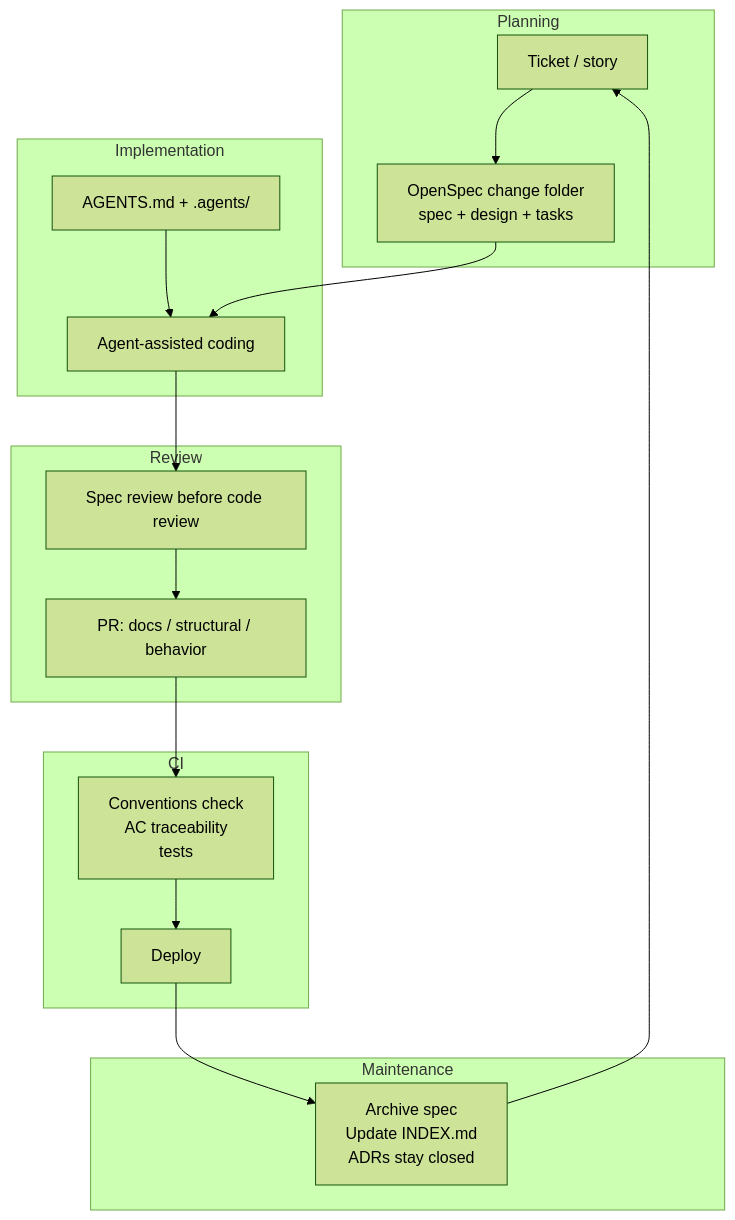
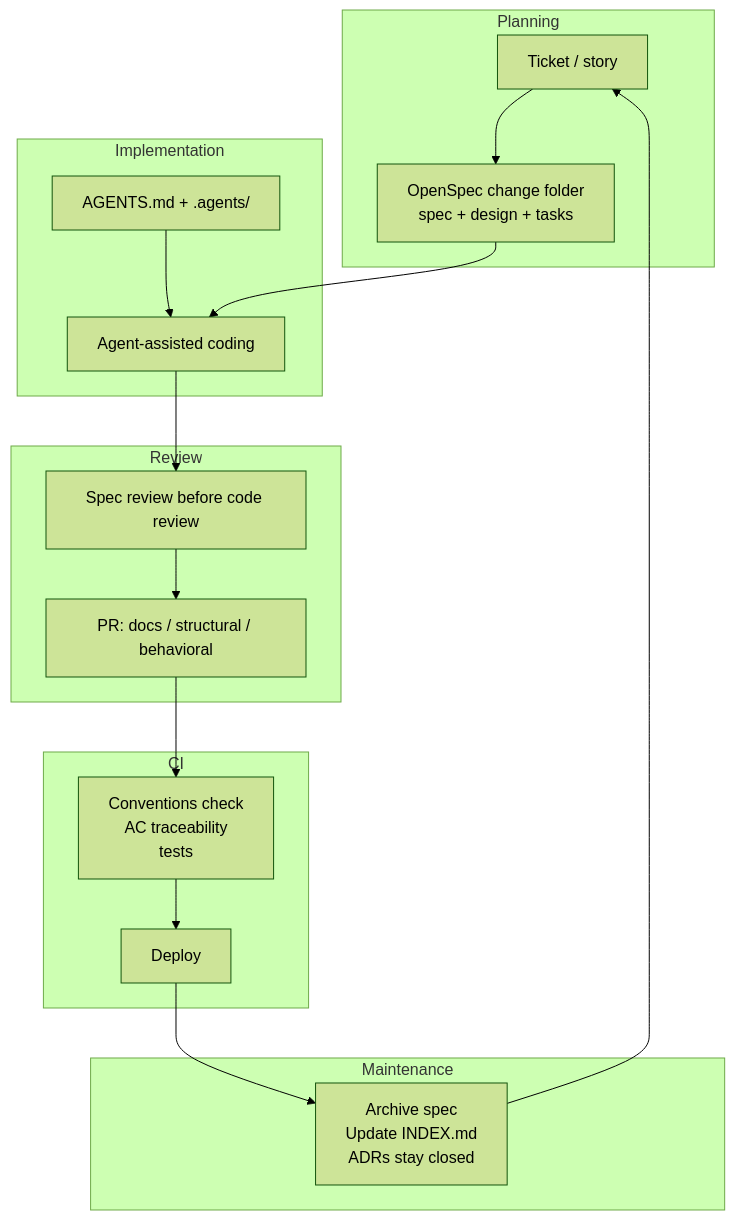
One commit to intent-engineering-for-coding-agents/book changed the diagram in content/foundation/intent-engineering-and-the-sdlc.md. Above: the diagram before and after it, drawn with Mermaid (forest theme). The commit also changed other lines of this file and 16 other files, not shown here.

````diff
--- a/content/foundation/intent-engineering-and-the-sdlc.md
+++ b/content/foundation/intent-engineering-and-the-sdlc.md
@@ -15,22 +15,22 @@
 ```mermaid
 graph TD
     subgraph Planning
         A[Ticket / story] --> B[OpenSpec change folder<br/>spec + design + tasks]
     end
     subgraph Implementation
         C["AGENTS.md + .agents/"] --> D[Agent-assisted coding]
         B --> D
     end
     subgraph Review
         D --> E[Spec review before code review]
-        E --> F[PR: docs / structural / behavior]
+        E --> F[PR: docs / structural / behavioral]
     end
     subgraph CI
         F --> G[Conventions check<br/>AC traceability<br/>tests]
         G --> H[Deploy]
     end
     subgraph Maintenance
         H --> I[Archive spec<br/>Update INDEX.md<br/>ADRs stay closed]
         I --> A
     end
 ```
````
